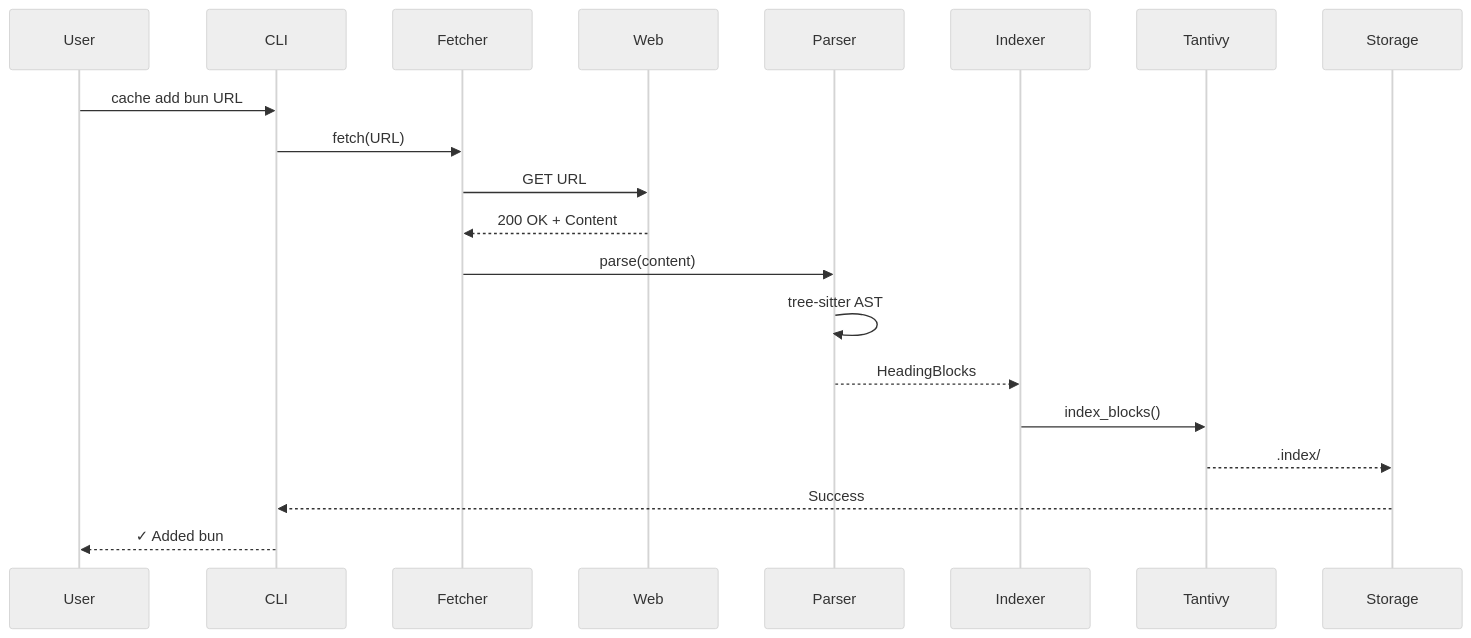
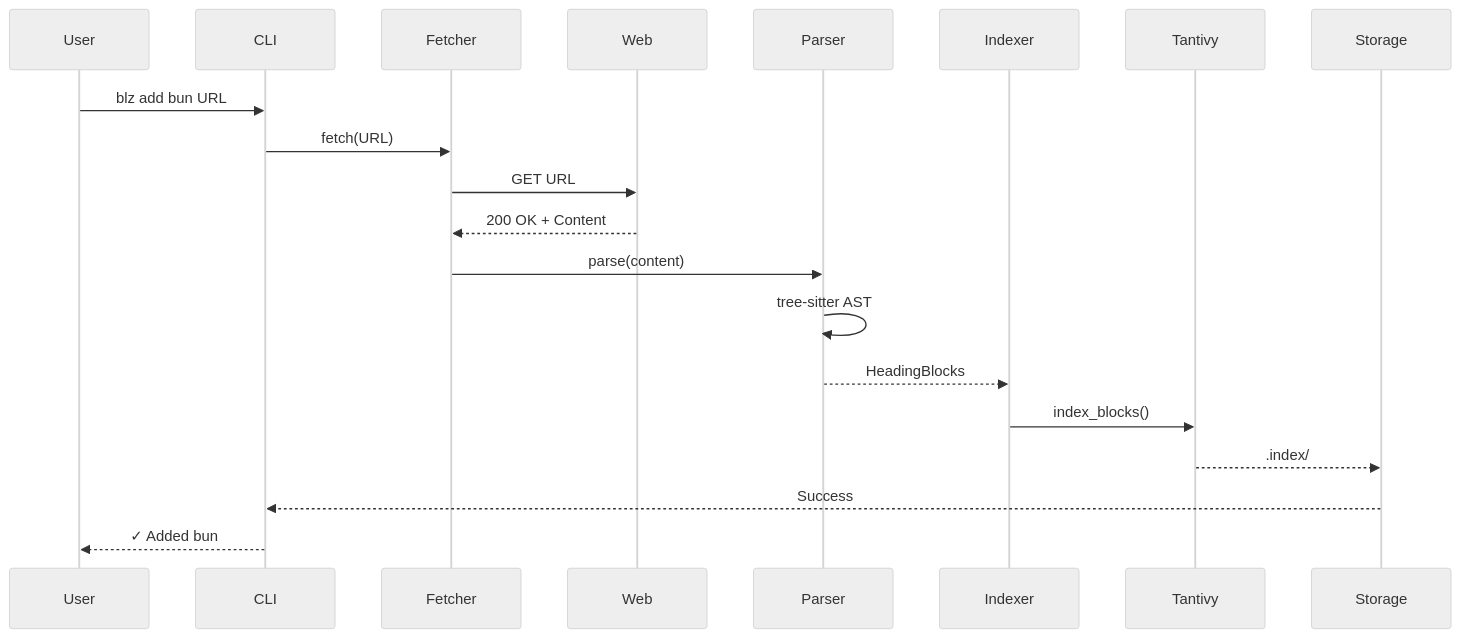
Before and after one commit to outfitter-dev/blz: the first of 2 diagrams in docs/architecture.md, drawn with Mermaid (neutral theme). The commit also changed other lines of this file and 40 other files, not shown here.

````diff
--- a/docs/architecture.md
+++ b/docs/architecture.md
@@ -154,14 +154,14 @@
 ```mermaid
 sequenceDiagram
-    User->>CLI: cache add bun URL
+    User->>CLI: blz add bun URL
     CLI->>Fetcher: fetch(URL)
     Fetcher->>Web: GET URL
     Web-->>Fetcher: 200 OK + Content
     Fetcher->>Parser: parse(content)
     Parser->>Parser: tree-sitter AST
     Parser-->>Indexer: HeadingBlocks
     Indexer->>Tantivy: index_blocks()
     Tantivy-->>Storage: .index/
     Storage-->>CLI: Success
     CLI-->>User: ✓ Added bun
 ```
````
